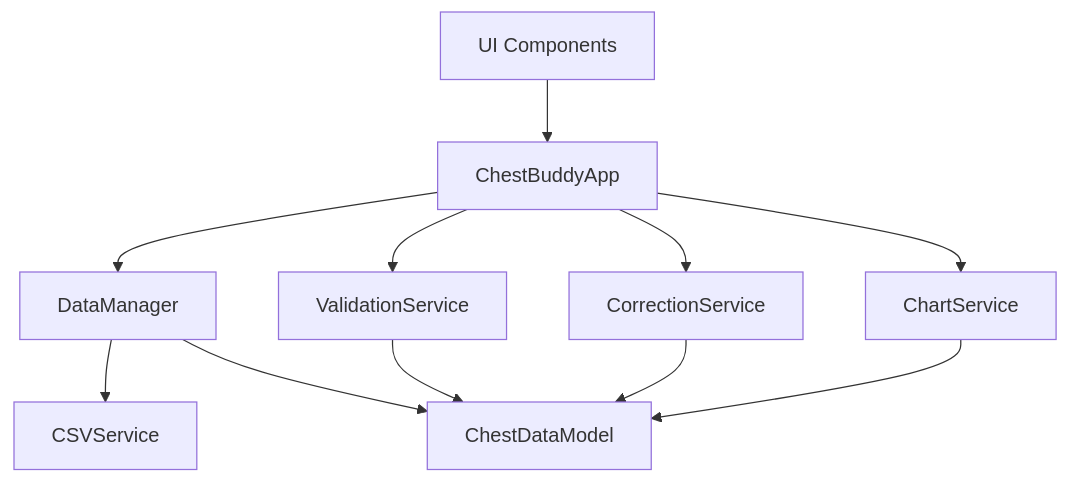
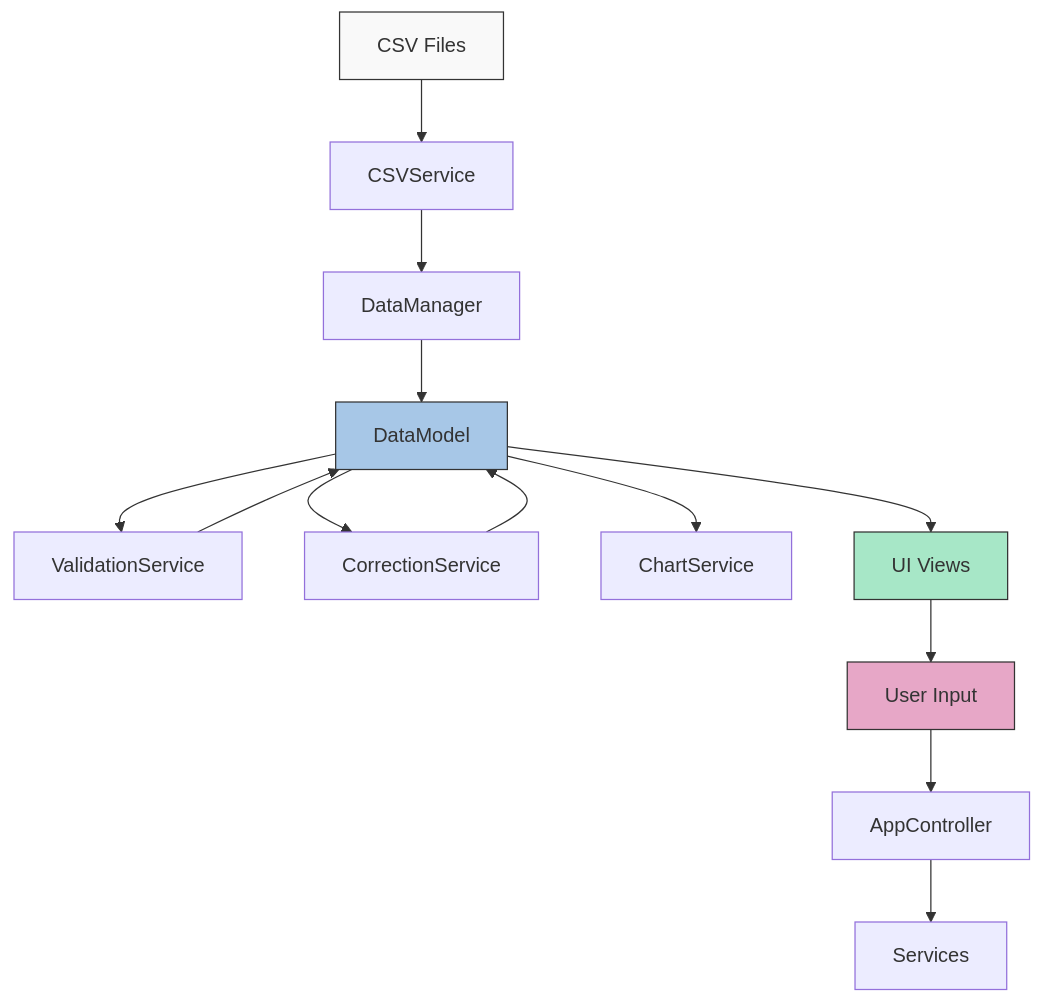
The third of 3 diagrams in memory-bank/systemPatterns.md (LinkesAuge/ChestBuddy), drawn with Mermaid before and after one commit. The commit also changed other lines of this file and 6 other files, not shown here.

````diff
--- a/memory-bank/systemPatterns.md
+++ b/memory-bank/systemPatterns.md
@@ -1074,13 +265,22 @@
 ```mermaid
 graph TD
-    App[ChestBuddyApp] --> DM[DataManager]
-    App --> VS[ValidationService]
-    App --> CS[CorrectionService]
-    App --> CHS[ChartService]
-    DM --> CSV[CSVService]
-    VS --> CDM[ChestDataModel]
-    CS --> CDM
-    CHS --> CDM
-    DM --> CDM
-    UI[UI Components] --> App
+    CSV[CSV Files] --> CSVService
+    CSVService --> DataManager
+    DataManager --> DataModel
+    DataModel --> ValidationService
+    DataModel --> CorrectionService
+    DataModel --> ChartService
+    
+    ValidationService --> DataModel
+    CorrectionService --> DataModel
+    
+    DataModel --> UIViews[UI Views]
+    UIViews --> UserInput[User Input]
+    UserInput --> AppController
+    AppController --> Services[Services]
+    
+    style CSV fill:#f9f9f9,stroke:#333
+    style DataModel fill:#a7c7e7,stroke:#333
+    style UIViews fill:#a7e7c7,stroke:#333
+    style UserInput fill:#e7a7c7,stroke:#333
 ```
````
